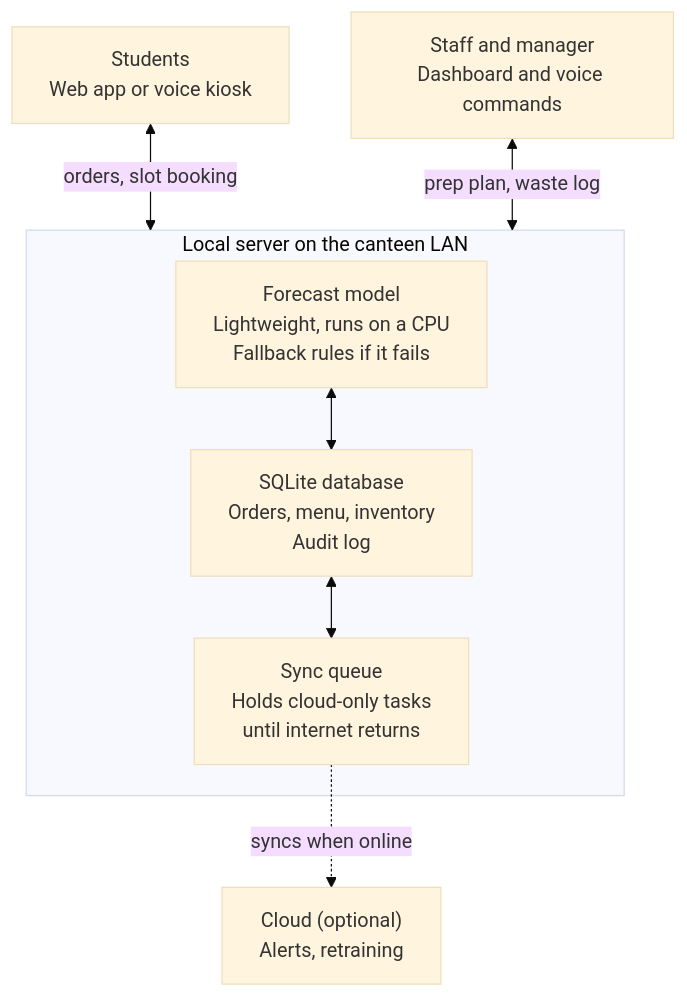
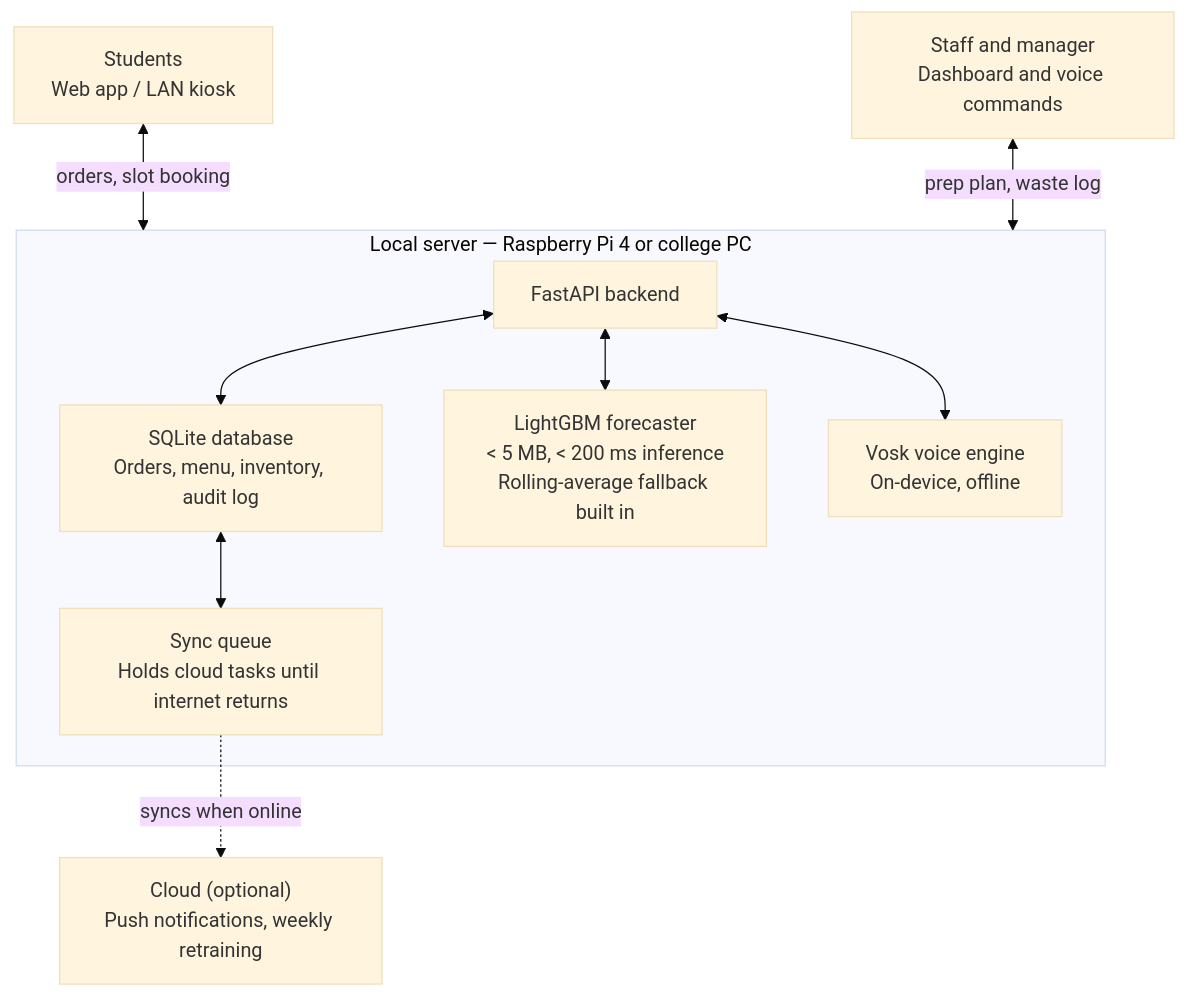
Before and after one commit to Bhakti-del/innovation_chaos-: the diagram in README.md, drawn with Mermaid (base theme). The commit also changed other lines of this file, not shown here.

Commit message:
Fix documentation gaps: concrete stack, voice pipeline, wait-time logic, energy targets, synthetic data, leftover as extension

````diff
--- a/README.md
+++ b/README.md
@@ -110,10 +221,12 @@
 ```mermaid
 flowchart TD
-    S["Students<br/>Web app or voice kiosk"] <-->|orders, slot booking| L
+    S["Students<br/>Web app / LAN kiosk"] <-->|orders, slot booking| L
     M["Staff and manager<br/>Dashboard and voice commands"] <-->|prep plan, waste log| L
-    subgraph L["Local server on the canteen LAN"]
-        F["Forecast model<br/>Lightweight, runs on a CPU<br/>Fallback rules if it fails"] <--> D["SQLite database<br/>Orders, menu, inventory<br/>Audit log"]
-        D <--> Q["Sync queue<br/>Holds cloud-only tasks<br/>until internet returns"]
+    subgraph L["Local server — Raspberry Pi 4 or college PC"]
+        A["FastAPI backend"] <--> D["SQLite database<br/>Orders, menu, inventory, audit log"]
+        A <--> F["LightGBM forecaster<br/>< 5 MB, < 200 ms inference<br/>Rolling-average fallback built in"]
+        A <--> V["Vosk voice engine<br/>On-device, offline"]
+        D <--> Q["Sync queue<br/>Holds cloud tasks until internet returns"]
     end
-    Q -.->|syncs when online| C["Cloud (optional)<br/>Alerts, retraining"]
+    Q -.->|syncs when online| C["Cloud (optional)<br/>Push notifications, weekly retraining"]
 ```
````
